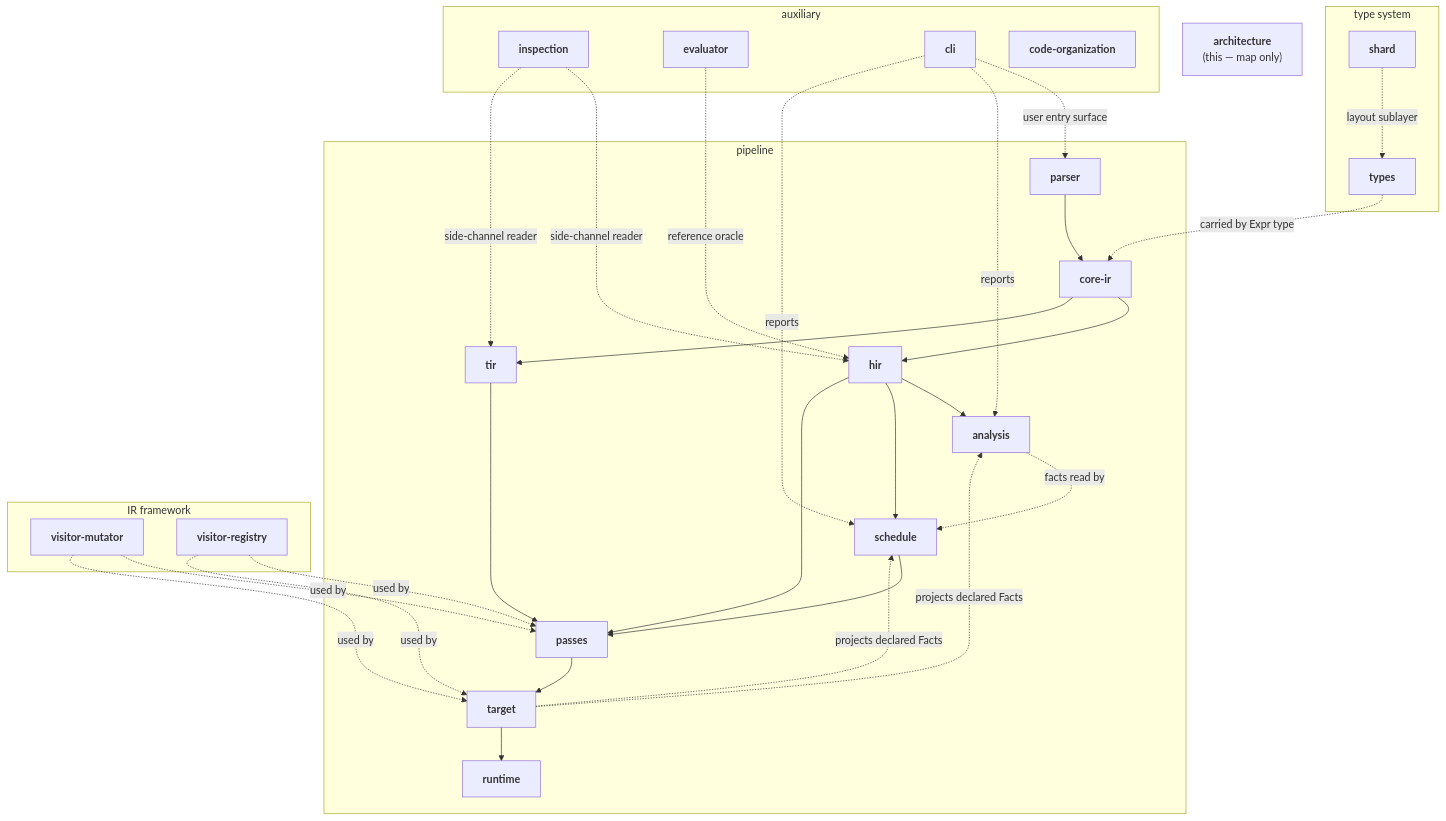
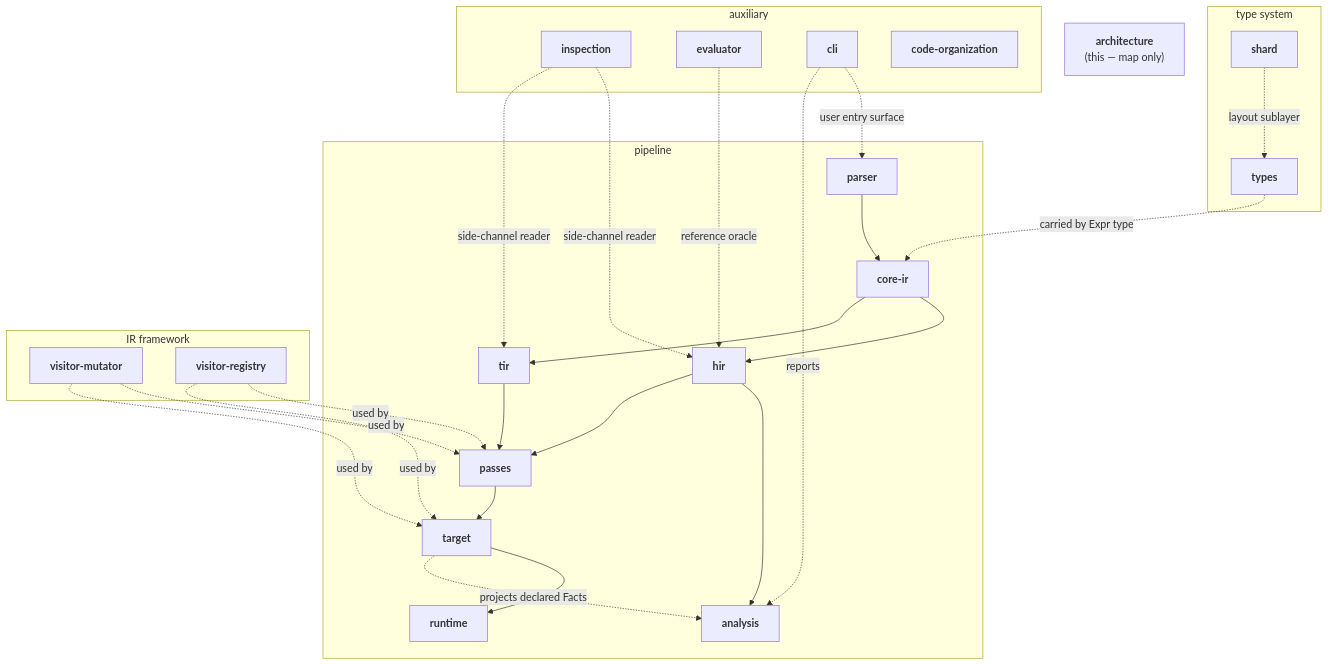
One commit to tile-ai/TileFoundry changed the diagram in docs/spec/architecture.md. Above: the diagram before and after it, drawn with Mermaid. The commit also changed other lines of this file and 69 other files, not shown here.

First line of the commit message:
refactor(schedule): delete the schedule layer and its target contracts

````diff
--- a/docs/spec/architecture.md
+++ b/docs/spec/architecture.md
@@ -12,62 +12,56 @@
 ```mermaid
 graph TD
     arch["<b>architecture</b><br/>(this — map only)"]
 
     subgraph pipeline["pipeline"]
         parser["<b>parser</b>"]
         coreir["<b>core-ir</b>"]
         hir["<b>hir</b>"]
         tir["<b>tir</b>"]
         analysis["<b>analysis</b>"]
-        schedule["<b>schedule</b>"]
         passes["<b>passes</b>"]
         target["<b>target</b>"]
         runtime["<b>runtime</b>"]
     end
 
     subgraph type_system["type system"]
         types["<b>types</b>"]
         shard["<b>shard</b>"]
     end
 
     subgraph framework["IR framework"]
         vmutator["<b>visitor-mutator</b>"]
         vregistry["<b>visitor-registry</b>"]
     end
 
     subgraph aux["auxiliary"]
         inspection["<b>inspection</b>"]
         evaluator["<b>evaluator</b>"]
         cli["<b>cli</b>"]
         codeorg["<b>code-organization</b>"]
     end
 
     parser --> coreir
     coreir --> hir
     coreir --> tir
     hir --> analysis
-    hir --> schedule
-    schedule --> passes
     hir --> passes
     tir --> passes
     passes --> target
     target --> runtime
-    analysis -. facts read by .-> schedule
     target -. projects declared Facts .-> analysis
-    target -. projects declared Facts .-> schedule
 
     types -. carried by Expr type .-> coreir
     shard -. layout sublayer .-> types
 
     vmutator -. used by .-> passes
     vmutator -. used by .-> target
     vregistry -. used by .-> passes
     vregistry -. used by .-> target
 
     inspection -. side-channel reader .-> hir
     inspection -. side-channel reader .-> tir
     evaluator -. reference oracle .-> hir
     cli -. user entry surface .-> parser
     cli -. reports .-> analysis
-    cli -. reports .-> schedule
 ```
````
